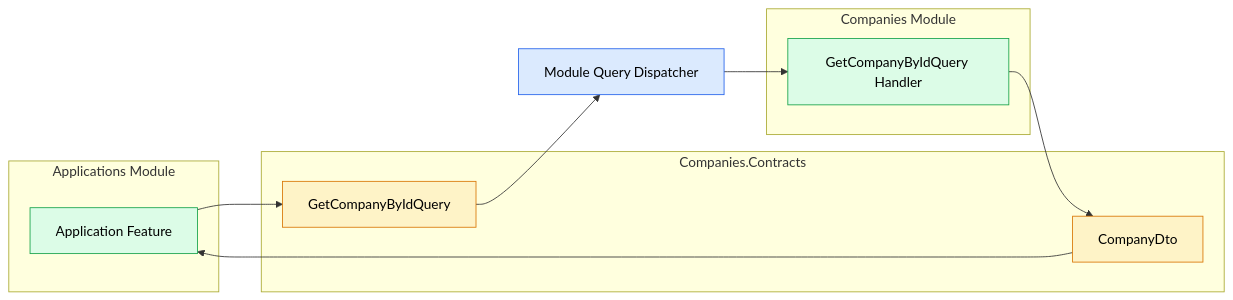
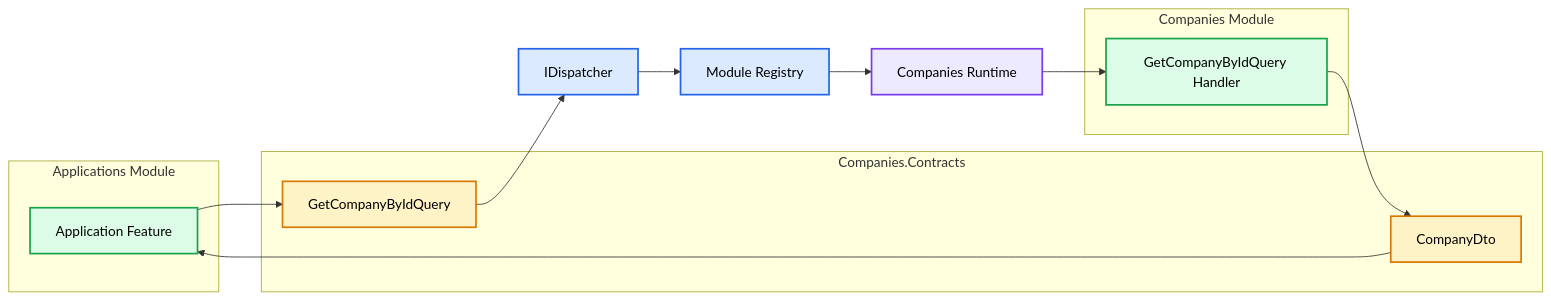
One commit to soufiane-rizk/Jobwize changed the first of 3 diagrams in docs/adr/007-module-query-dispatcher.md. Above: the diagram before and after it, drawn with Mermaid. The commit also changed other lines of this file and 9 other files, not shown here.

Commit message:
docs(adr): introduce custom module runtime and execution model architecture

````diff
--- a/docs/adr/007-module-query-dispatcher.md
+++ b/docs/adr/007-module-query-dispatcher.md
@@ -37,39 +38,47 @@
 ```mermaid
 flowchart LR
 
     subgraph Applications["Applications Module"]
 
         Feature["Application Feature"]
 
     end
 
     subgraph Contracts["Companies.Contracts"]
 
         Query["GetCompanyByIdQuery"]
 
         Dto["CompanyDto"]
 
     end
 
-    Dispatcher["Module Query Dispatcher"]
+    Dispatcher["IDispatcher"]
+
+    Registry["Module Registry"]
+
+    Runtime["Companies Runtime"]
 
     subgraph Companies["Companies Module"]
 
         Handler["GetCompanyByIdQuery Handler"]
 
     end
 
     Feature --> Query
     Query --> Dispatcher
-    Dispatcher --> Handler
+    Dispatcher --> Registry
+    Registry --> Runtime
+    Runtime --> Handler
     Handler --> Dto
     Dto --> Feature
 
-    classDef application fill:#dcfce7,stroke:#16a34a,color:#000;
-    classDef contract fill:#fef3c7,stroke:#d97706,color:#000;
-    classDef infrastructure fill:#dbeafe,stroke:#2563eb,color:#000;
+    classDef application fill:#dcfce7,stroke:#16a34a,color:#000,stroke-width:2px;
+    classDef contract fill:#fef3c7,stroke:#d97706,color:#000,stroke-width:2px;
+    classDef runtime fill:#ede9fe,stroke:#7c3aed,color:#000,stroke-width:2px;
+    classDef infrastructure fill:#dbeafe,stroke:#2563eb,color:#000,stroke-width:2px;
 
     class Feature,Handler application;
     class Query,Dto contract;
-    class Dispatcher infrastructure;
+    class Dispatcher,Registry infrastructure;
+    class Runtime runtime;
 ```
````
